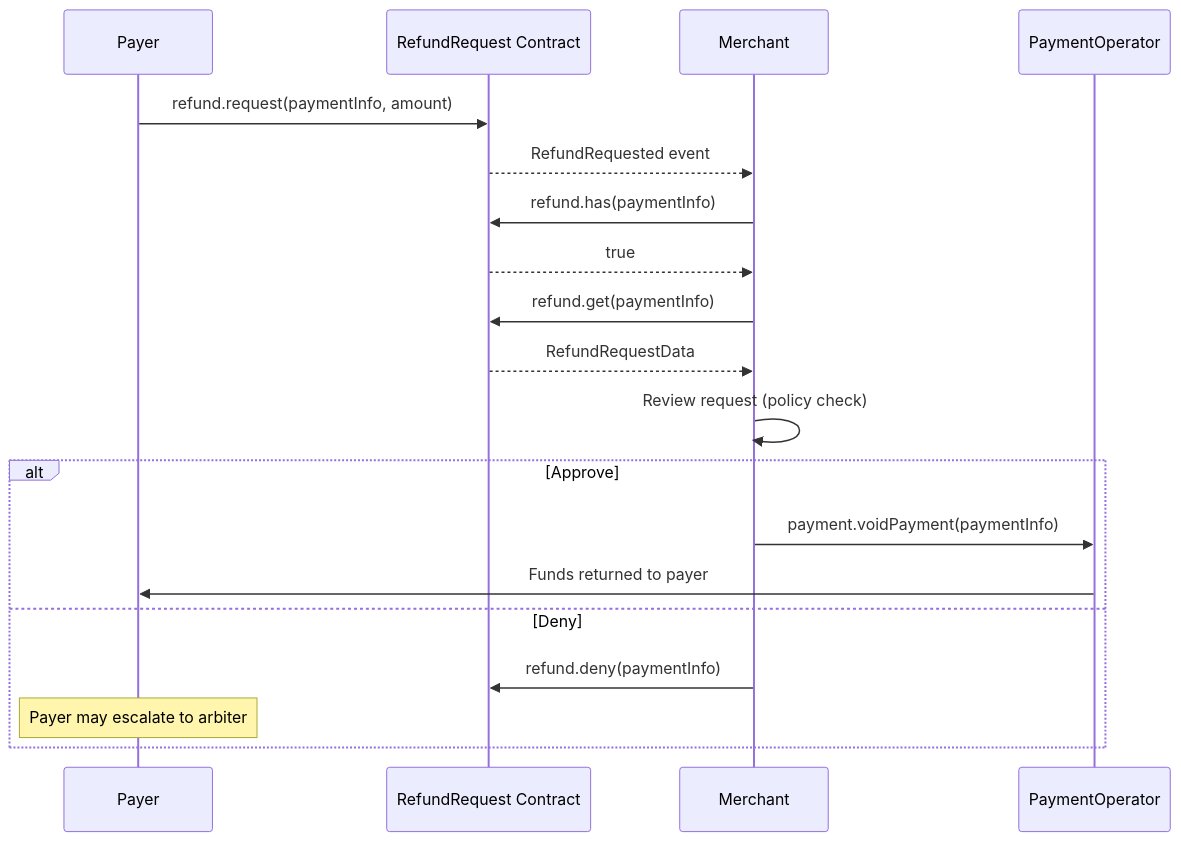
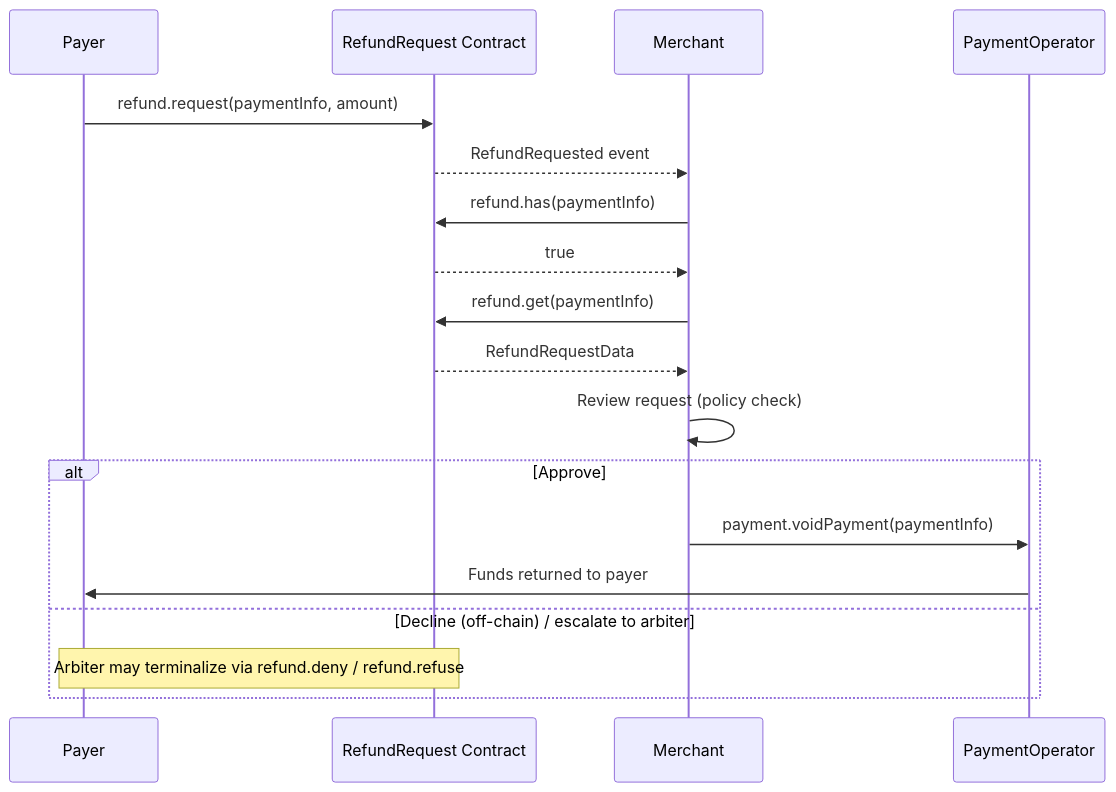
One commit to BackTrackCo/docs changed the diagram in sdk/merchant/refund-handling.mdx. Above: the diagram before and after it, drawn with Mermaid. The commit also changed other lines of this file and 9 other files, not shown here.

````diff
--- a/sdk/merchant/refund-handling.mdx
+++ b/sdk/merchant/refund-handling.mdx
@@ -256,25 +224,24 @@
 ```mermaid
 sequenceDiagram
     participant P as Payer
     participant R as RefundRequest Contract
     participant M as Merchant
     participant O as PaymentOperator
 
     P->>R: refund.request(paymentInfo, amount)
     R-->>M: RefundRequested event
 
     M->>R: refund.has(paymentInfo)
     R-->>M: true
     M->>R: refund.get(paymentInfo)
     R-->>M: RefundRequestData
 
     M->>M: Review request (policy check)
 
     alt Approve
         M->>O: payment.voidPayment(paymentInfo)
         O->>P: Funds returned to payer
-    else Deny
-        M->>R: refund.deny(paymentInfo)
-        Note over P: Payer may escalate to arbiter
+    else Decline (off-chain) / escalate to arbiter
+        Note over P,R: Arbiter may terminalize via refund.deny / refund.refuse
     end
 ```
````
